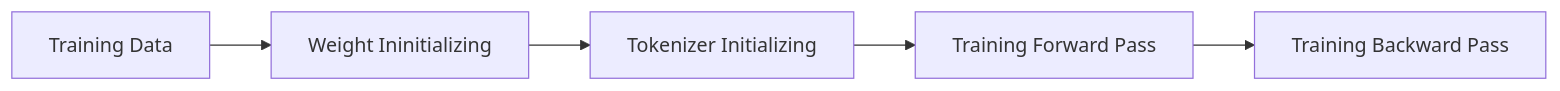
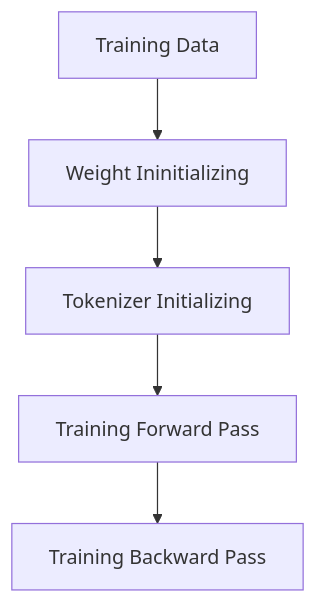
The diagram in README.md (ChrisZhu2050/chriszhu2050.github.io), drawn with Mermaid before and after one commit.

````diff
--- a/README.md
+++ b/README.md
@@ -14,4 +14,4 @@
 ```mermaid
-graph LR
+graph TD
     A[Training Data] --> B[Weight Ininitializing] --> C[Tokenizer Initializing] --> D[Training Forward Pass] --> E[Training Backward Pass]
 ```
````
